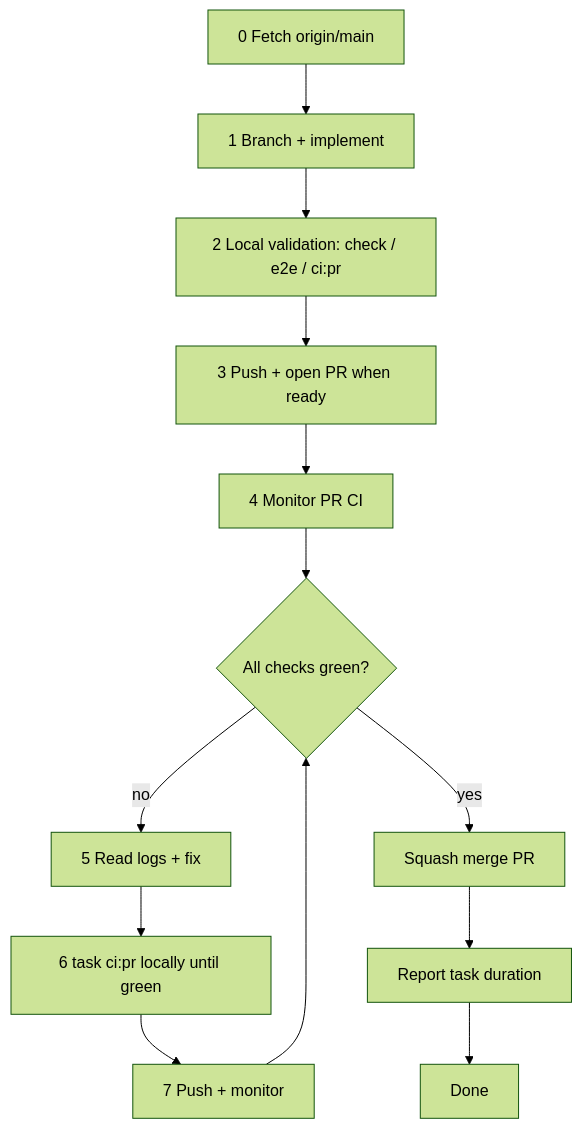
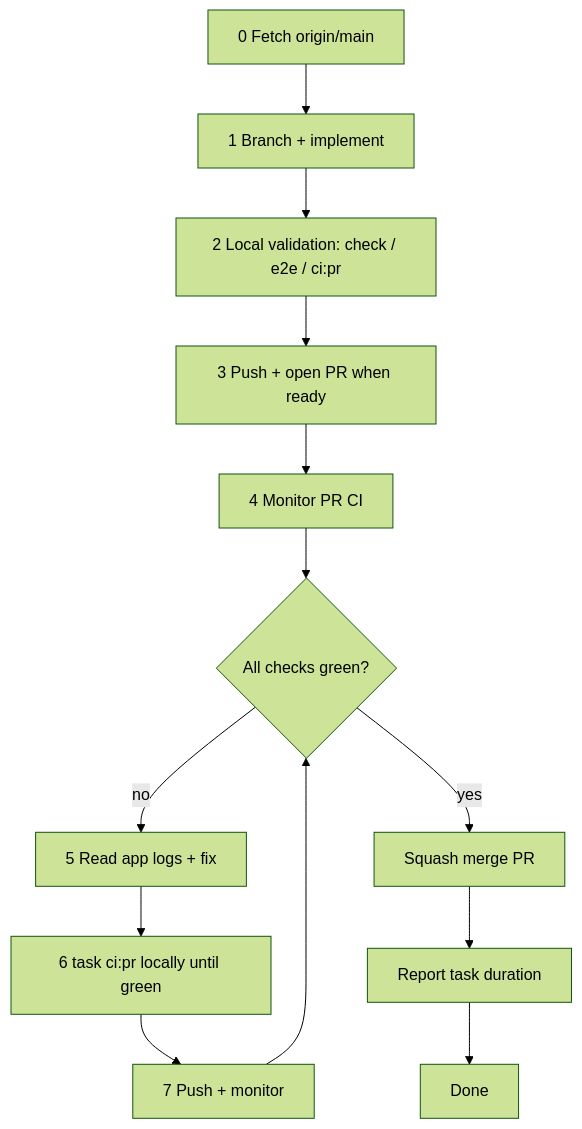
The diagram in .cortex/workflows/pull-requests.md (meta-secret/nook), drawn with Mermaid (forest theme) before and after one commit. The commit also changed other lines of this file and 12 other files, not shown here.

First line of the commit message:
Add /app-logs JSON export and agent rules for e2e log analysis.

````diff
--- a/.cortex/workflows/pull-requests.md
+++ b/.cortex/workflows/pull-requests.md
@@ -24,15 +24,15 @@
 ```mermaid
 flowchart TD
   Z[0 Fetch origin/main] --> A[1 Branch + implement]
   A --> B[2 Local validation: check / e2e / ci:pr]
   B --> E[3 Push + open PR when ready]
   E --> F[4 Monitor PR CI]
   F --> G{All checks green?}
-  G -->|no| H[5 Read logs + fix]
+  G -->|no| H[5 Read app logs + fix]
   H --> FULL[6 task ci:pr locally until green]
   FULL --> PUSH[7 Push + monitor]
   PUSH --> G
   G -->|yes| I[Squash merge PR]
   I --> J[Report task duration]
   J --> K[Done]
 ```
````
